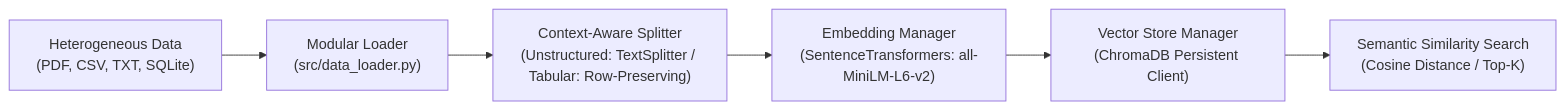
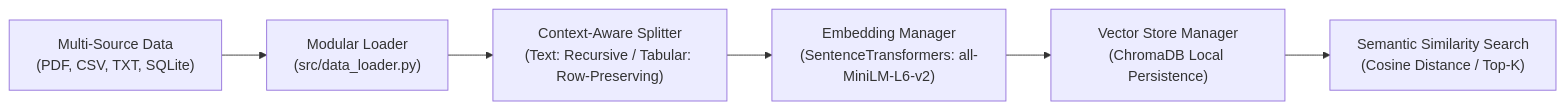
Before and after one commit to Dilshan118/Hands-On-RAG: the second of 2 diagrams in README.md, drawn with Mermaid. The commit also changed other lines of this file, not shown here.

````diff
--- a/README.md
+++ b/README.md
@@ -83,8 +93,8 @@
 ```mermaid
 graph LR
-    Sources["Heterogeneous Data\n(PDF, CSV, TXT, SQLite)"] --> Loader["Modular Loader\n(src/data_loader.py)"]
-    Loader --> Chunker["Context-Aware Splitter\n(Unstructured: TextSplitter / Tabular: Row-Preserving)"]
+    Sources["Multi-Source Data\n(PDF, CSV, TXT, SQLite)"] --> Loader["Modular Loader\n(src/data_loader.py)"]
+    Loader --> Chunker["Context-Aware Splitter\n(Text: Recursive / Tabular: Row-Preserving)"]
     Chunker --> Embedder["Embedding Manager\n(SentenceTransformers: all-MiniLM-L6-v2)"]
-    Embedder --> VectorStore["Vector Store Manager\n(ChromaDB Persistent Client)"]
+    Embedder --> VectorStore["Vector Store Manager\n(ChromaDB Local Persistence)"]
     VectorStore --> Search["Semantic Similarity Search\n(Cosine Distance / Top-K)"]
 ```
````
